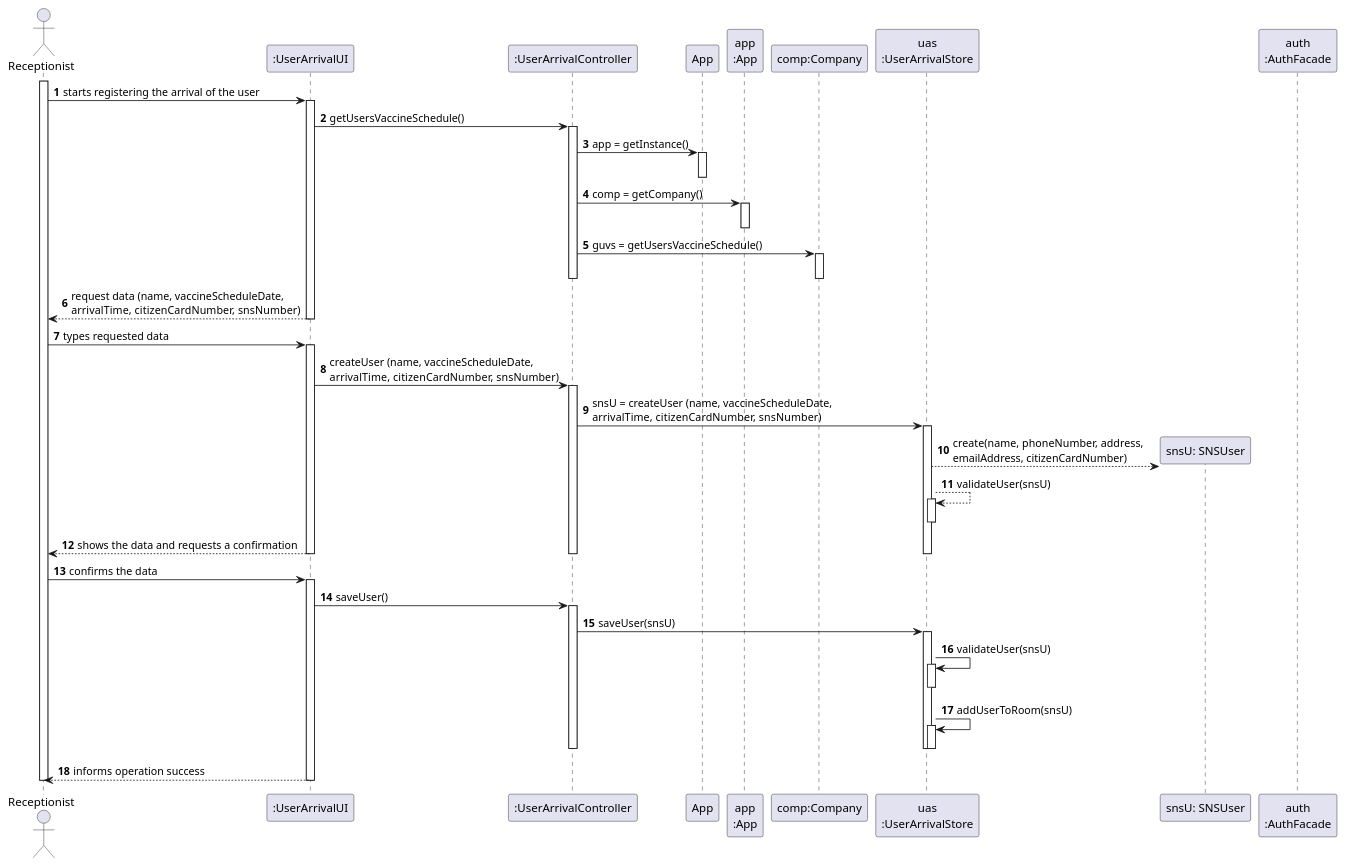
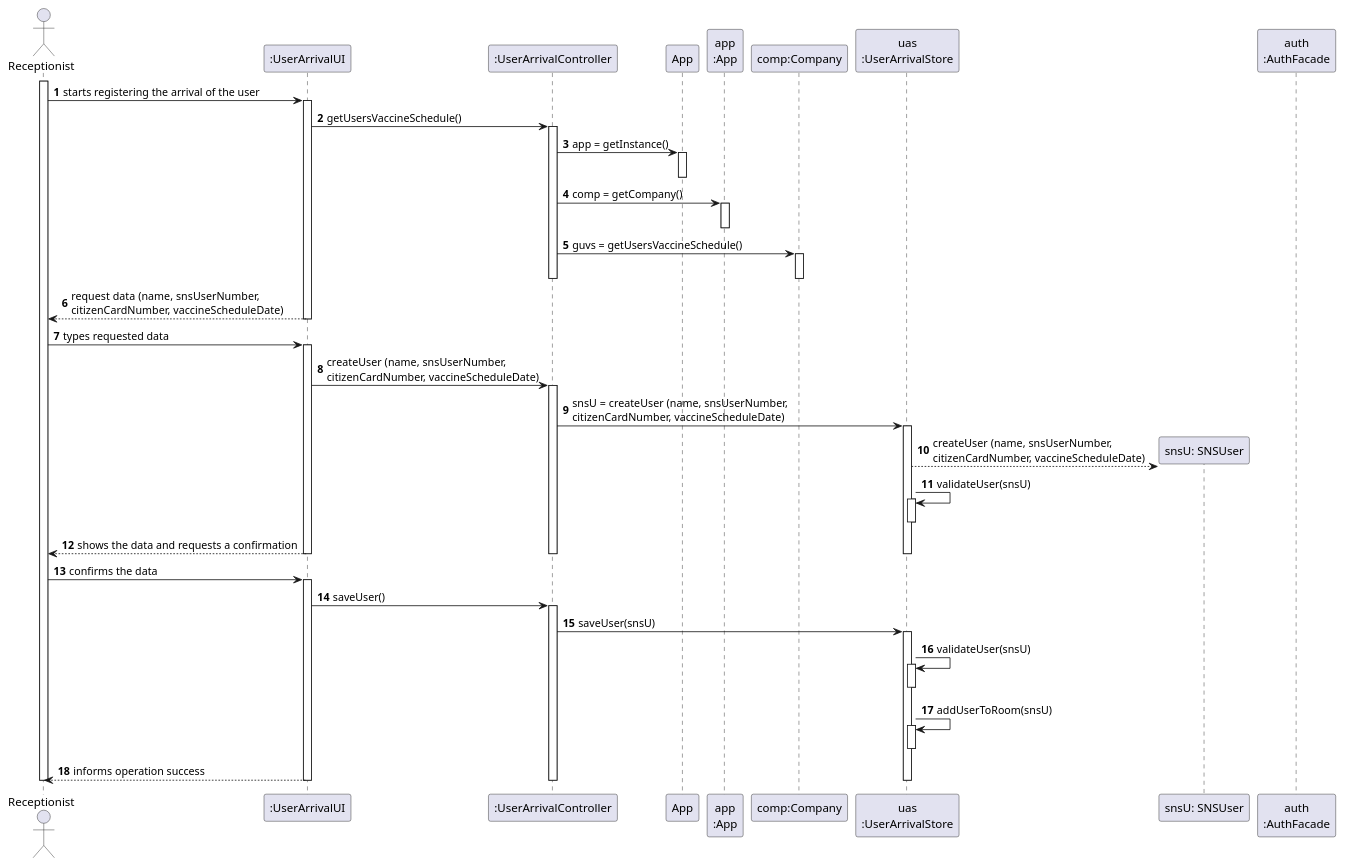
One commit to diogonapoles/isep-lapr2 changed the diagram in docs/SprintC/US4/US4_SD.puml. Above: the diagram before and after it, drawn with PlantUML. The commit also changed 11 other files, not shown here.

```diff
--- a/docs/SprintC/US4/US4_SD.puml
+++ b/docs/SprintC/US4/US4_SD.puml
@@ -1,89 +1,82 @@
 @startuml
 autonumber
 actor "Receptionist" as RCP
 
 
 participant ":UserArrivalUI" as UI
 participant ":UserArrivalController" as CTRL
 participant "App" as APP
 participant "app\n:App" as App
 participant "comp:Company" as COMP
 participant "uas\n:UserArrivalStore" as UAS
 participant "snsU: SNSUser" as snsU
 participant "auth\n:AuthFacade" as AF
 
 
 
 activate RCP
 RCP -> UI : starts registering the arrival of the user
 activate UI
 UI -> CTRL : getUsersVaccineSchedule()
 activate CTRL
 CTRL -> APP : app = getInstance()
 activate APP
 deactivate APP
 CTRL -> App : comp = getCompany()
 activate App
 deactivate App
 CTRL -> COMP : guvs = getUsersVaccineSchedule()
 activate COMP
 deactivate COMP
 deactivate CTRL
 
 
-UI --> RCP : request data (name, vaccineScheduleDate, \narrivalTime,  citizenCardNumber, snsNumber)
+UI --> RCP : request data (name, snsUserNumber, \ncitizenCardNumber, vaccineScheduleDate)
 
 deactivate UI
 
 RCP -> UI : types requested data
 activate UI
 
-UI -> CTRL :createUser (name, vaccineScheduleDate, \narrivalTime,  citizenCardNumber, snsNumber)
+UI -> CTRL : createUser (name, snsUserNumber, \ncitizenCardNumber, vaccineScheduleDate)
 activate CTRL
 
-
-CTRL -> UAS : snsU = createUser (name, vaccineScheduleDate, \narrivalTime,  citizenCardNumber, snsNumber)
+CTRL -> UAS : snsU = createUser (name, snsUserNumber, \ncitizenCardNumber, vaccineScheduleDate)
 activate UAS
 
-UAS --> snsU** : create(name, phoneNumber, address, \nemailAddress, citizenCardNumber)
+UAS --> snsU** : createUser (name, snsUserNumber, \ncitizenCardNumber, vaccineScheduleDate)
 
-UAS --> UAS : validateUser(snsU)
+UAS -> UAS : validateUser(snsU)
 activate UAS
 deactivate UAS
-
 
 UI --> RCP : shows the data and requests a confirmation
 deactivate UI
 deactivate CTRL
 deactivate UAS
-
-
-
-
 
 RCP -> UI : confirms the data
 activate UI
 
 UI -> CTRL : saveUser()
 activate CTRL
 
 CTRL -> UAS: saveUser(snsU)
 activate UAS
 
 UAS -> UAS : validateUser(snsU)
 activate UAS
 deactivate UAS
 
 UAS -> UAS : addUserToRoom(snsU)
 activate UAS
 deactivate UAS
+
+
+UI --> RCP : informs operation success
 deactivate UAS
 deactivate CTRL
-
-UI --> RCP : informs operation success
 deactivate UI
-
-
 deactivate RCP
 
 @enduml
```
